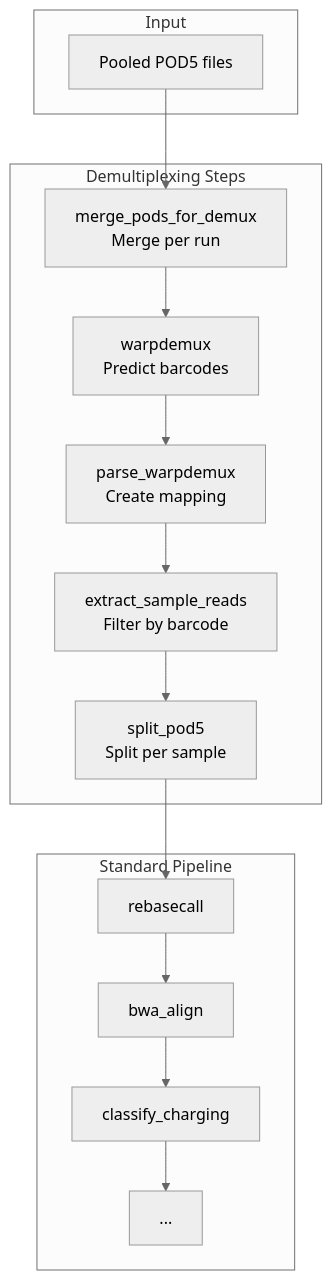
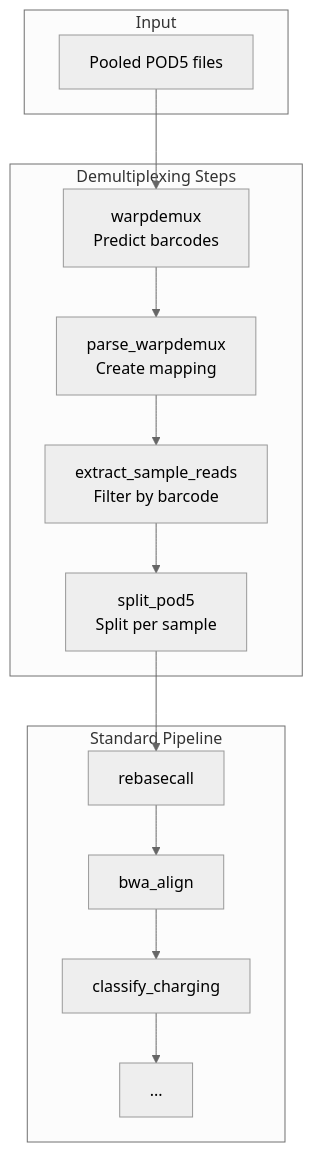
Before and after one commit to rnabioco/aa-tRNA-seq-pipeline: the second of 2 diagrams in docs/workflow/demultiplexing.md, drawn with Mermaid (neutral theme). The commit also changed other lines of this file and 8 other files, not shown here.

First line of the commit message:
feat: eliminate merge_pods_for_demux from WarpDemuX workflow

````diff
--- a/docs/workflow/demultiplexing.md
+++ b/docs/workflow/demultiplexing.md
@@ -142,23 +142,22 @@
 ```mermaid
 flowchart TB
     subgraph Input
         A[Pooled POD5 files]
     end
 
     subgraph Demux[Demultiplexing Steps]
-        B[merge_pods_for_demux<br/>Merge per run]
-        C[warpdemux<br/>Predict barcodes]
-        D[parse_warpdemux<br/>Create mapping]
-        E[extract_sample_reads<br/>Filter by barcode]
-        F[split_pod5<br/>Split per sample]
+        B[warpdemux<br/>Predict barcodes]
+        C[parse_warpdemux<br/>Create mapping]
+        D[extract_sample_reads<br/>Filter by barcode]
+        E[split_pod5<br/>Split per sample]
     end
 
     subgraph Standard[Standard Pipeline]
-        G[rebasecall]
-        H[bwa_align]
-        I[classify_charging]
-        J[...]
+        F[rebasecall]
+        G[bwa_align]
+        H[classify_charging]
+        I[...]
     end
 
-    A --> B --> C --> D --> E --> F --> G --> H --> I --> J
+    A --> B --> C --> D --> E --> F --> G --> H --> I
 ```
````
